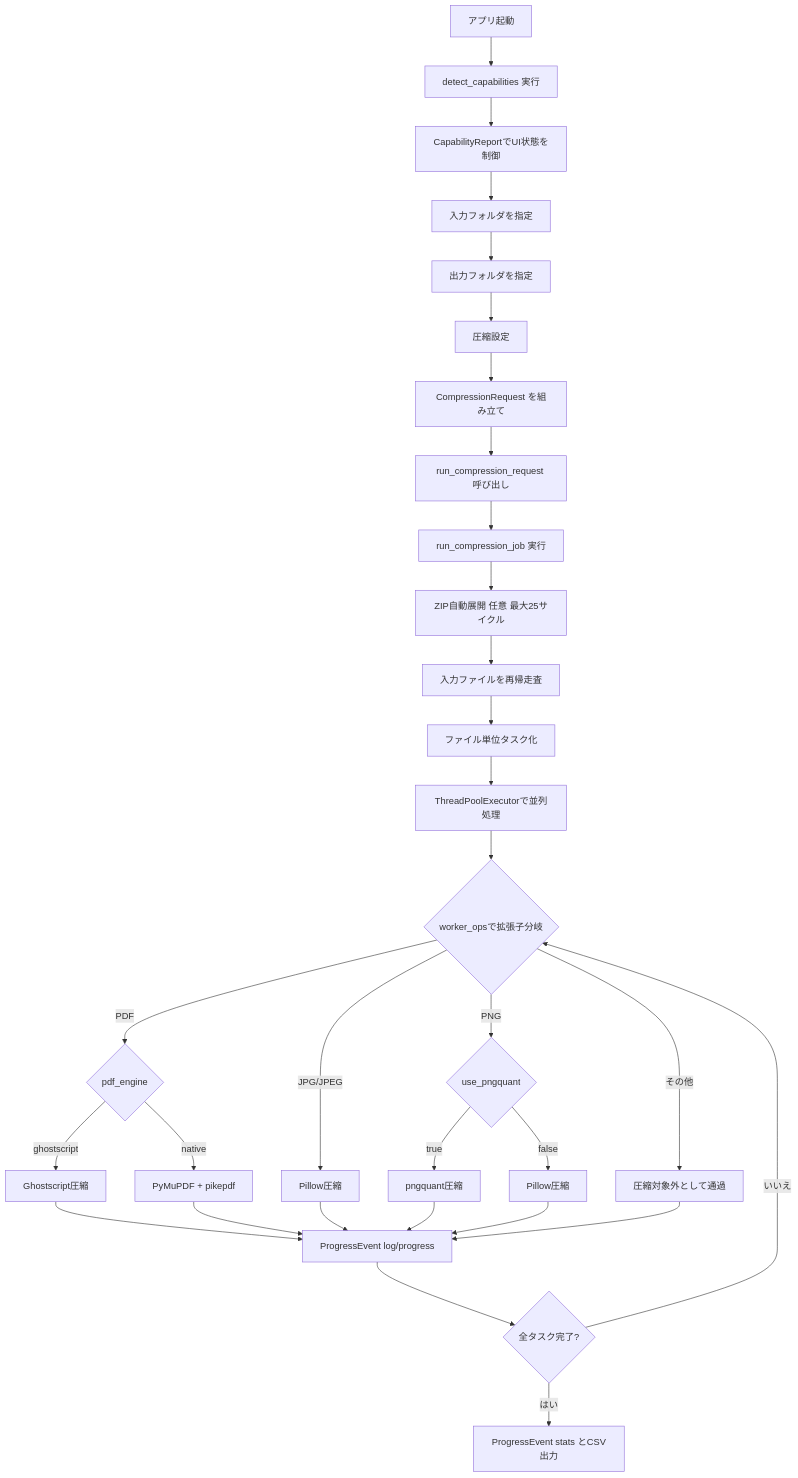
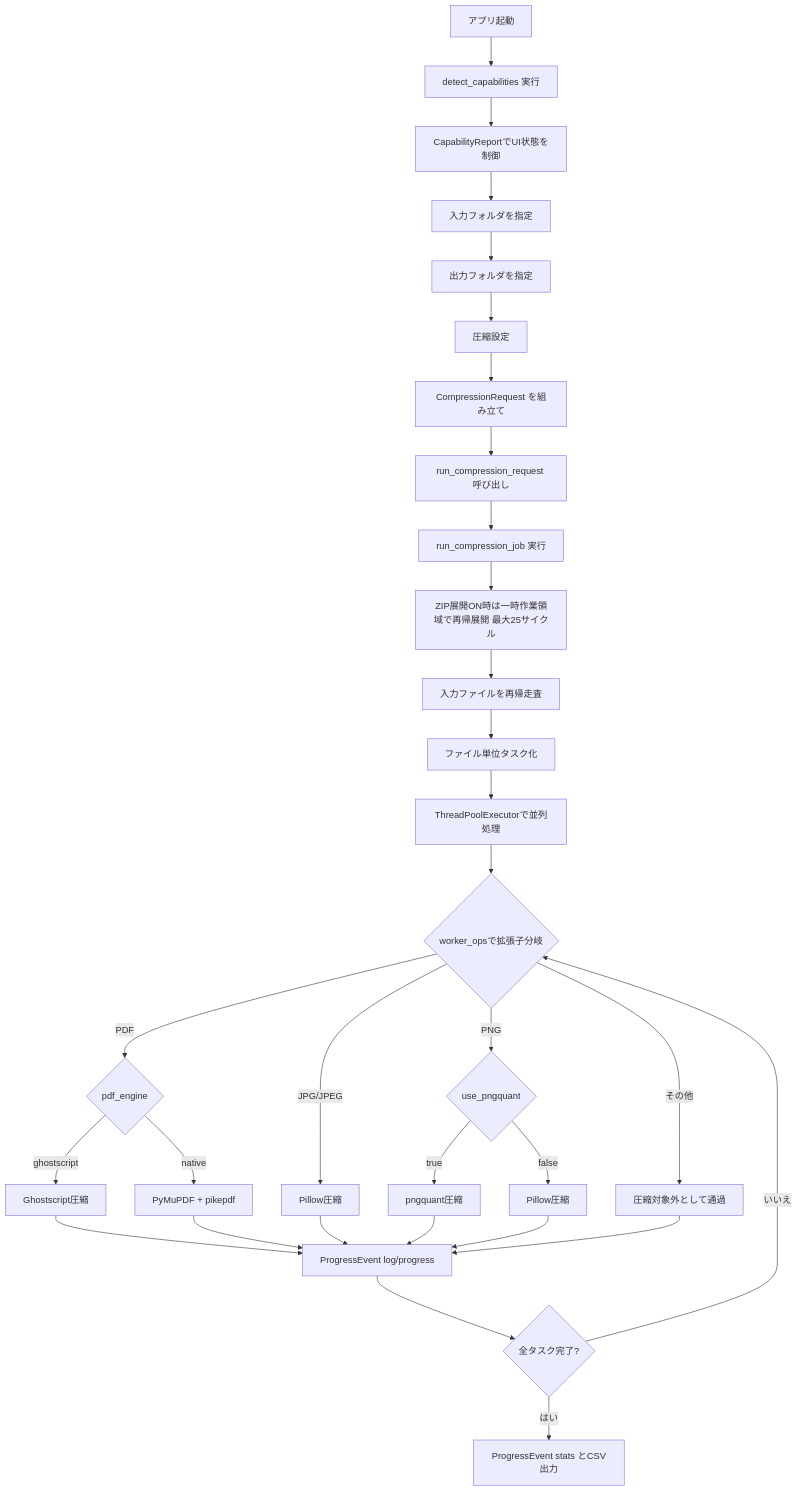
Before and after one commit to sho-kawasaki-dd/pjp_compressor_v2: the first of 3 diagrams in Documentation/flow_sequence_and_class_diagrams.md, drawn with Mermaid. The commit also changed other lines of this file and 7 other files, not shown here.

````diff
--- a/Documentation/flow_sequence_and_class_diagrams.md
+++ b/Documentation/flow_sequence_and_class_diagrams.md
@@ -10,33 +10,33 @@
 ```mermaid
 flowchart TD
     A[アプリ起動] --> A1[detect_capabilities 実行]
     A1 --> A2[CapabilityReportでUI状態を制御]
     A2 --> B[入力フォルダを指定]
     B --> C[出力フォルダを指定]
     C --> D[圧縮設定]
     D --> E[CompressionRequest を組み立て]
     E --> F[run_compression_request 呼び出し]
     F --> G[run_compression_job 実行]
-    G --> H[ZIP自動展開 任意 最大25サイクル]
+    G --> H[ZIP展開ON時は一時作業領域で再帰展開 最大25サイクル]
     H --> I[入力ファイルを再帰走査]
     I --> J[ファイル単位タスク化]
     J --> K[ThreadPoolExecutorで並列処理]
     K --> L{worker_opsで拡張子分岐}
     L -- PDF --> M{pdf_engine}
     M -- ghostscript --> N[Ghostscript圧縮]
     M -- native --> O[PyMuPDF + pikepdf]
     L -- JPG/JPEG --> P[Pillow圧縮]
     L -- PNG --> Q{use_pngquant}
     Q -- true --> R[pngquant圧縮]
     Q -- false --> S[Pillow圧縮]
     L -- その他 --> T[圧縮対象外として通過]
     N --> U[ProgressEvent log/progress]
     O --> U
     P --> U
     R --> U
     S --> U
     T --> U
     U --> V{全タスク完了?}
     V -- いいえ --> L
     V -- はい --> W[ProgressEvent stats とCSV出力]
 ```
````
